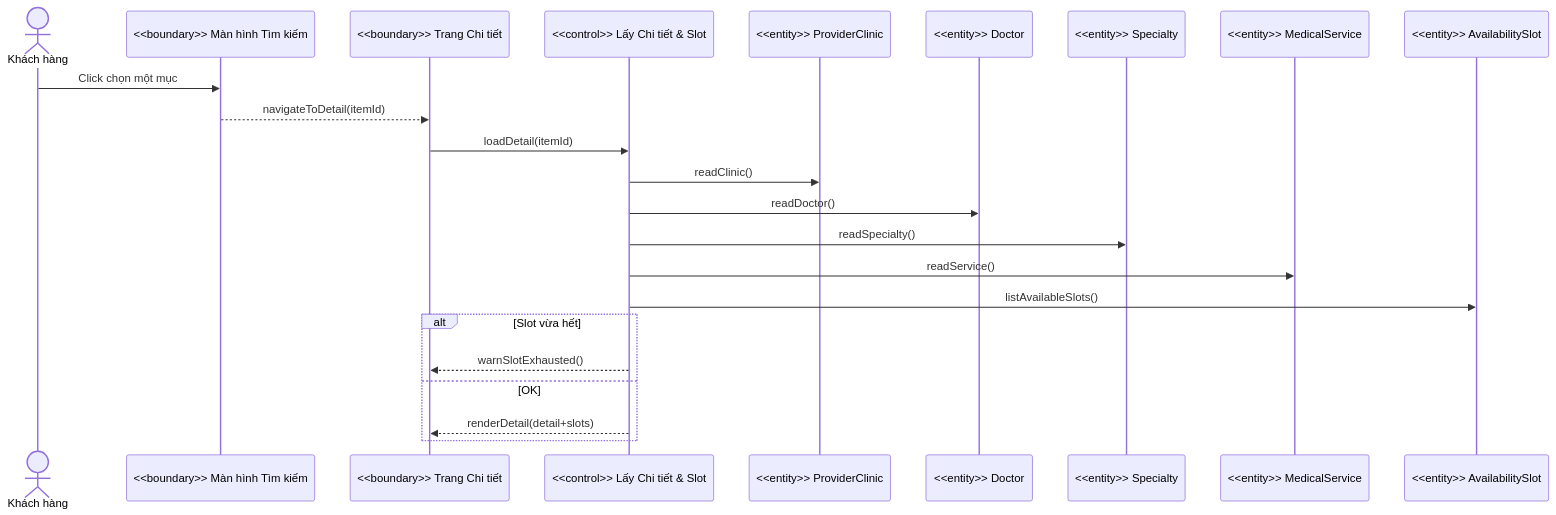
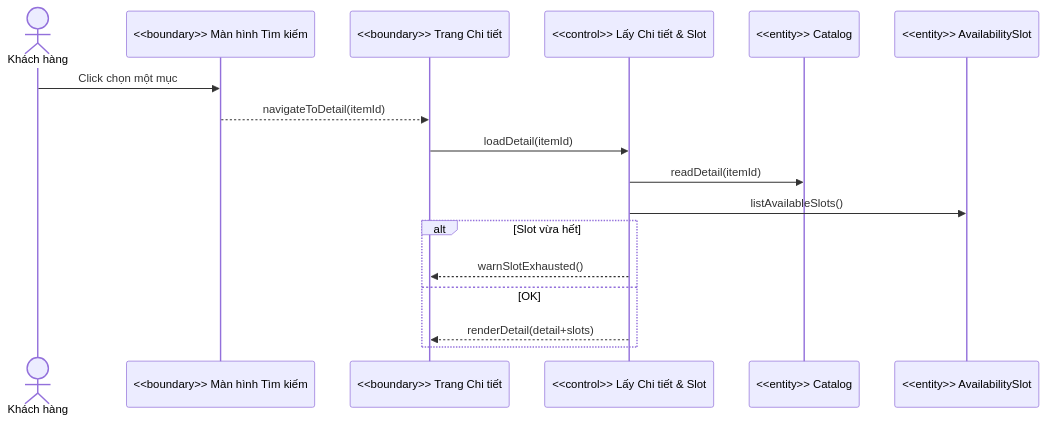
Before and after one commit to qhun22/qq: the fifth of 16 diagrams in README.md, drawn with Mermaid. The commit also changed other lines of this file, not shown here.

````diff
--- a/README.md
+++ b/README.md
@@ -127,26 +147,20 @@
 ```mermaid
 sequenceDiagram
   actor CUS as Khách hàng
   participant SEARCH as <<boundary>> Màn hình Tìm kiếm
   participant DETAIL as <<boundary>> Trang Chi tiết
   participant F as <<control>> Lấy Chi tiết & Slot
-  participant CLINIC as <<entity>> ProviderClinic
-  participant DOC as <<entity>> Doctor
-  participant SPEC as <<entity>> Specialty
-  participant SERV as <<entity>> MedicalService
+  participant CAT as <<entity>> Catalog
   participant SLOT as <<entity>> AvailabilitySlot
 
   CUS->>SEARCH: Click chọn một mục
   SEARCH-->>DETAIL: navigateToDetail(itemId)
   DETAIL->>F: loadDetail(itemId)
-  F->>CLINIC: readClinic()
-  F->>DOC: readDoctor()
-  F->>SPEC: readSpecialty()
-  F->>SERV: readService()
+  F->>CAT: readDetail(itemId)
   F->>SLOT: listAvailableSlots()
   alt Slot vừa hết
     F-->>DETAIL: warnSlotExhausted()
   else OK
     F-->>DETAIL: renderDetail(detail+slots)
   end
 ```
````
